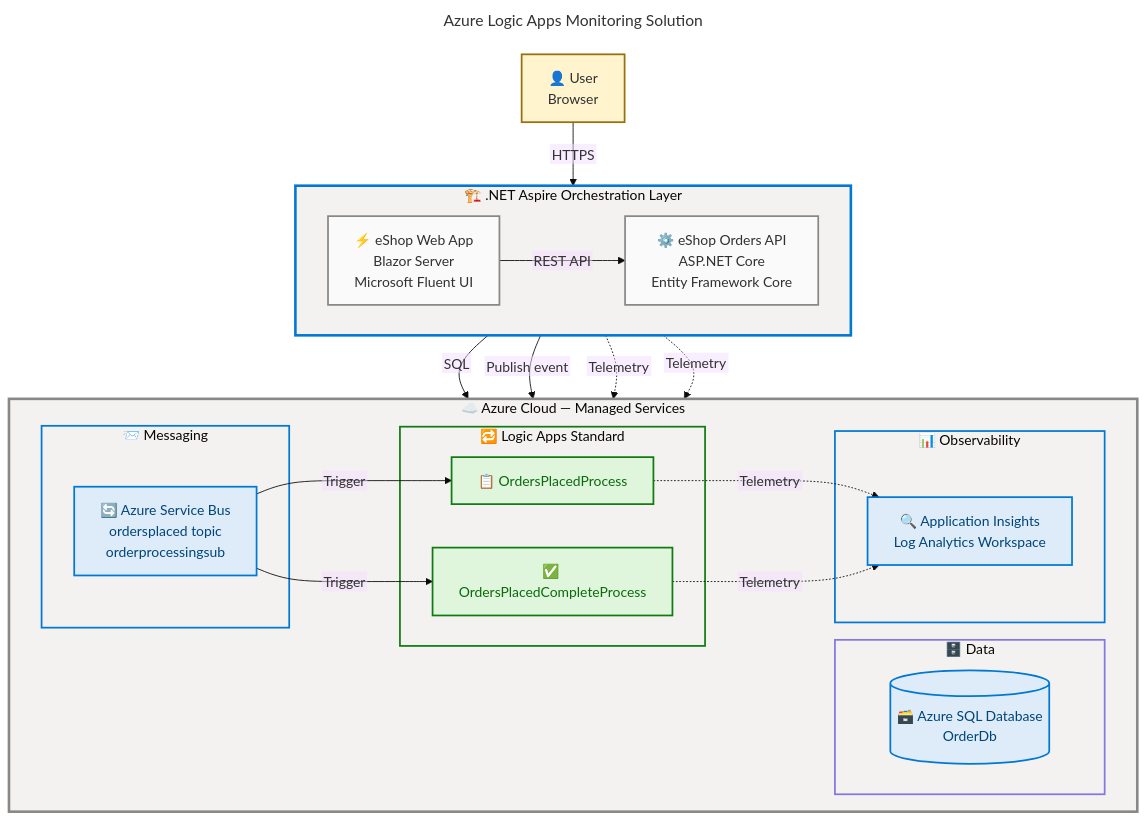
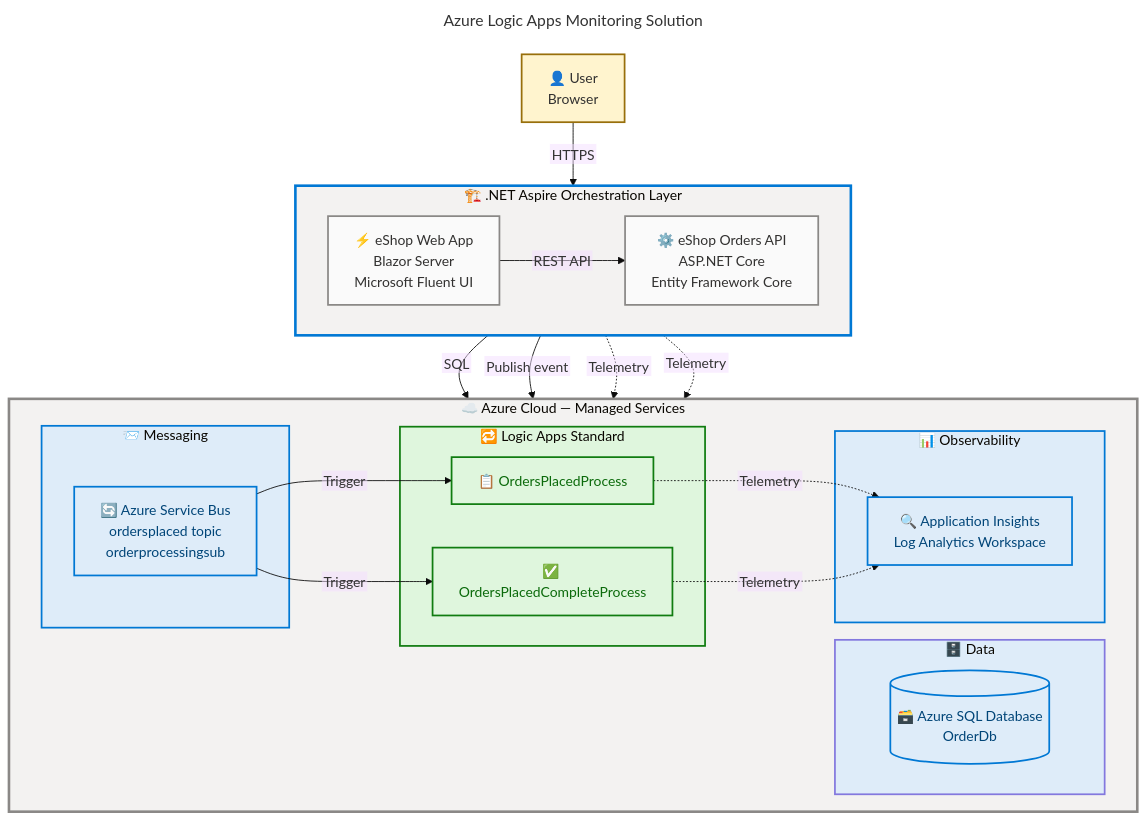
The diagram in README.md (Evilazaro/Azure-LogicApps-Monitoring), drawn with Mermaid before and after one commit.

Commit message:
docs: enhance flowchart styling for improved clarity and accessibility

````diff
--- a/README.md
+++ b/README.md
@@ -49,78 +49,79 @@
 ```mermaid
 ---
 title: Azure Logic Apps Monitoring Solution
 config:
   theme: base
   themeVariables:
     fontSize: '16px'
   flowchart:
     htmlLabels: false
 ---
 flowchart TB
     accTitle: Azure Logic Apps Monitoring Solution Architecture
     accDescr: Full-stack .NET Aspire application with eShop Web App and Orders API integrated with Azure Service Bus, Logic Apps Standard, Azure SQL Database, and Application Insights for end-to-end order monitoring
 
     %% ═══════════════════════════════════════════════════════════════════════════
     %% AZURE / FLUENT ARCHITECTURE PATTERN v1.1
     %% (Semantic + Structural + Font + Accessibility Governance)
     %% ═══════════════════════════════════════════════════════════════════════════
     %% PHASE 1 - STRUCTURAL: TB direction explicit, 2-level nesting, 6 subgraphs
     %%           aspire (LR, label ≤40 chars) + azure (TB) containing messaging/data/workflows/monitoring
     %% PHASE 2 - SEMANTIC: 4 colors (external, neutral, core, success) within 5 limit
     %%           external: User entry point | neutral: App-layer services
     %%           core: Azure PaaS (Bus, SQL, Insights) | success: Logic Apps workflows
+    %%           MRM-C005: child subgraph fills match contained node colors
     %% PHASE 3 - FONT: Dark text #323130/#004578/#0B6A0B on 100-level fills (WCAG AA 4.5:1)
     %% PHASE 4 - ACCESSIBILITY: accTitle/accDescr present, semantic icons on all 8 nodes
     %% PHASE 5 - STANDARD: v1.1 format, 6 style directives for 6 subgraphs, classDefs centralized
     %% ═══════════════════════════════════════════════════════════════════════════
 
     User["👤 User\nBrowser"]:::external
 
     subgraph aspire["🏗️ .NET Aspire Orchestration Layer"]
         direction LR
         WebApp["⚡ eShop Web App\nBlazor Server\nMicrosoft Fluent UI"]:::neutral
         OrdersAPI["⚙️ eShop Orders API\nASP.NET Core\nEntity Framework Core"]:::neutral
         WebApp -->|REST API| OrdersAPI
     end
 
     subgraph azure["☁️ Azure Cloud — Managed Services"]
         direction LR
         subgraph messaging["📨 Messaging"]
             ServiceBus["🔄 Azure Service Bus\nordersplaced topic\norderprocessingsub"]:::core
         end
         subgraph data["🗄️ Data"]
             SqlDB[("🗃️ Azure SQL Database\nOrderDb")]:::core
         end
         subgraph workflows["🔁 Logic Apps Standard"]
             WF1["📋 OrdersPlacedProcess"]:::success
             WF2["✅ OrdersPlacedCompleteProcess"]:::success
         end
         subgraph monitoring["📊 Observability"]
             AppInsights["🔍 Application Insights\nLog Analytics Workspace"]:::core
         end
     end
 
     User -->|HTTPS| WebApp
     OrdersAPI -->|SQL| SqlDB
     OrdersAPI -->|Publish event| ServiceBus
     ServiceBus -->|Trigger| WF1
     ServiceBus -->|Trigger| WF2
     WebApp -.->|Telemetry| AppInsights
     OrdersAPI -.->|Telemetry| AppInsights
     WF1 -.->|Telemetry| AppInsights
     WF2 -.->|Telemetry| AppInsights
 
     %% Subgraph styling (6 subgraphs = 6 style directives)
     style aspire fill:#F3F2F1,stroke:#0078D4,stroke-width:3px,color:#323130
     style azure fill:#F3F2F1,stroke:#8A8886,stroke-width:3px,color:#323130
-    style messaging fill:#F3F2F1,stroke:#0078D4,stroke-width:2px,color:#323130
-    style data fill:#F3F2F1,stroke:#8378DE,stroke-width:2px,color:#323130
-    style workflows fill:#F3F2F1,stroke:#107C10,stroke-width:2px,color:#323130
-    style monitoring fill:#F3F2F1,stroke:#0078D4,stroke-width:2px,color:#323130
+    style messaging fill:#DEECF9,stroke:#0078D4,stroke-width:2px,color:#004578
+    style data fill:#DEECF9,stroke:#8378DE,stroke-width:2px,color:#004578
+    style workflows fill:#DFF6DD,stroke:#107C10,stroke-width:2px,color:#0B6A0B
+    style monitoring fill:#DEECF9,stroke:#0078D4,stroke-width:2px,color:#004578
 
     %% Centralized classDefs
     classDef external fill:#FFF4CE,stroke:#986F0B,stroke-width:2px,color:#323130
     classDef neutral fill:#FAFAFA,stroke:#8A8886,stroke-width:2px,color:#323130
     classDef core fill:#DEECF9,stroke:#0078D4,stroke-width:2px,color:#004578
     classDef success fill:#DFF6DD,stroke:#107C10,stroke-width:2px,color:#0B6A0B
 ```
````
